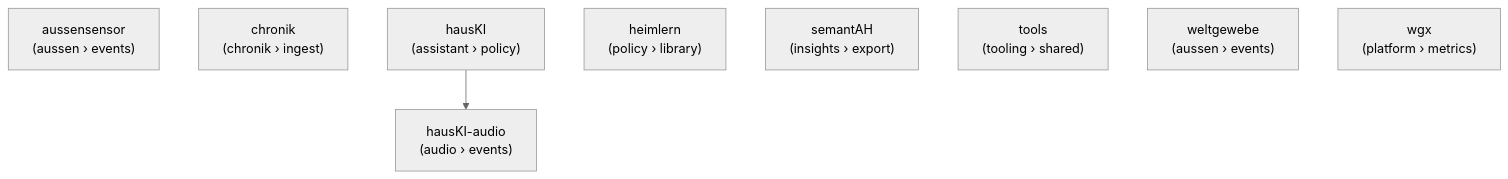
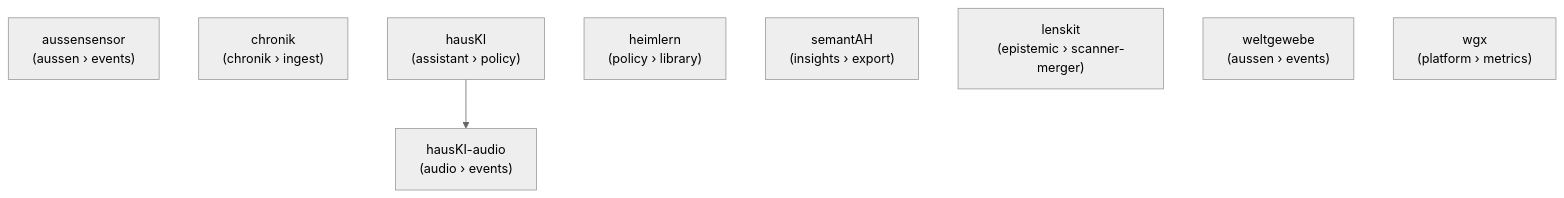
Before and after one commit to heimgewebe/metarepo: the diagram in docs/archive/org-graph.mmd, drawn with Mermaid (neutral theme). The commit also changed 24 other files, not shown here.

```diff
--- a/docs/archive/org-graph.mmd
+++ b/docs/archive/org-graph.mmd
@@ -1,13 +1,13 @@
 %% Org dependency graph
 %% Generated by scripts/generate_org_assets.py; do not edit manually.
 graph TD
     aussensensor["aussensensor\n(aussen › events)"]
     chronik["chronik\n(chronik › ingest)"]
     hausKI["hausKI\n(assistant › policy)"]
     hausKI_audio["hausKI-audio\n(audio › events)"]
     heimlern["heimlern\n(policy › library)"]
     semantAH["semantAH\n(insights › export)"]
-    tools["tools\n(tooling › shared)"]
+    lenskit["lenskit\n(epistemic › scanner-merger)"]
     weltgewebe["weltgewebe\n(aussen › events)"]
     wgx["wgx\n(platform › metrics)"]
     hausKI --> hausKI_audio
```
